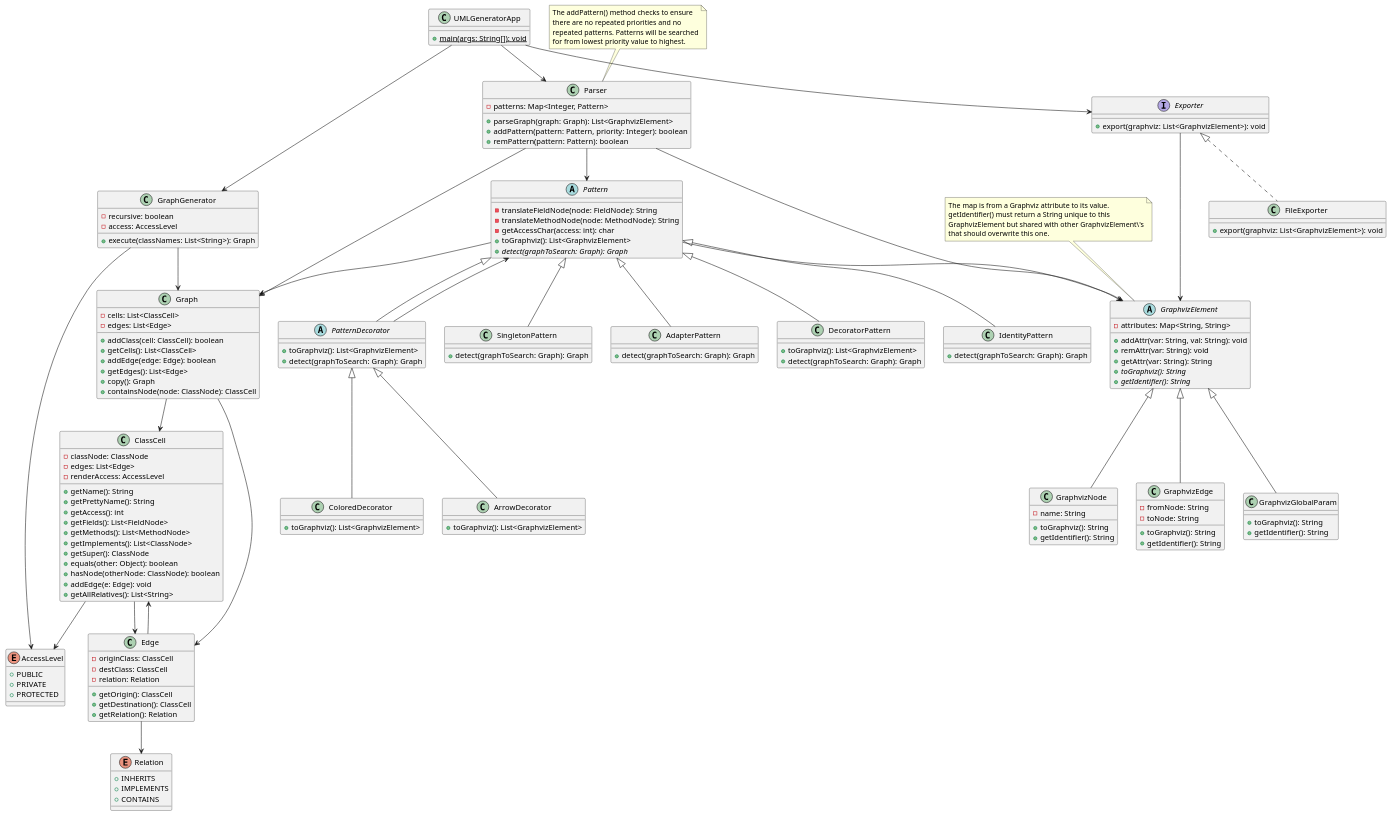
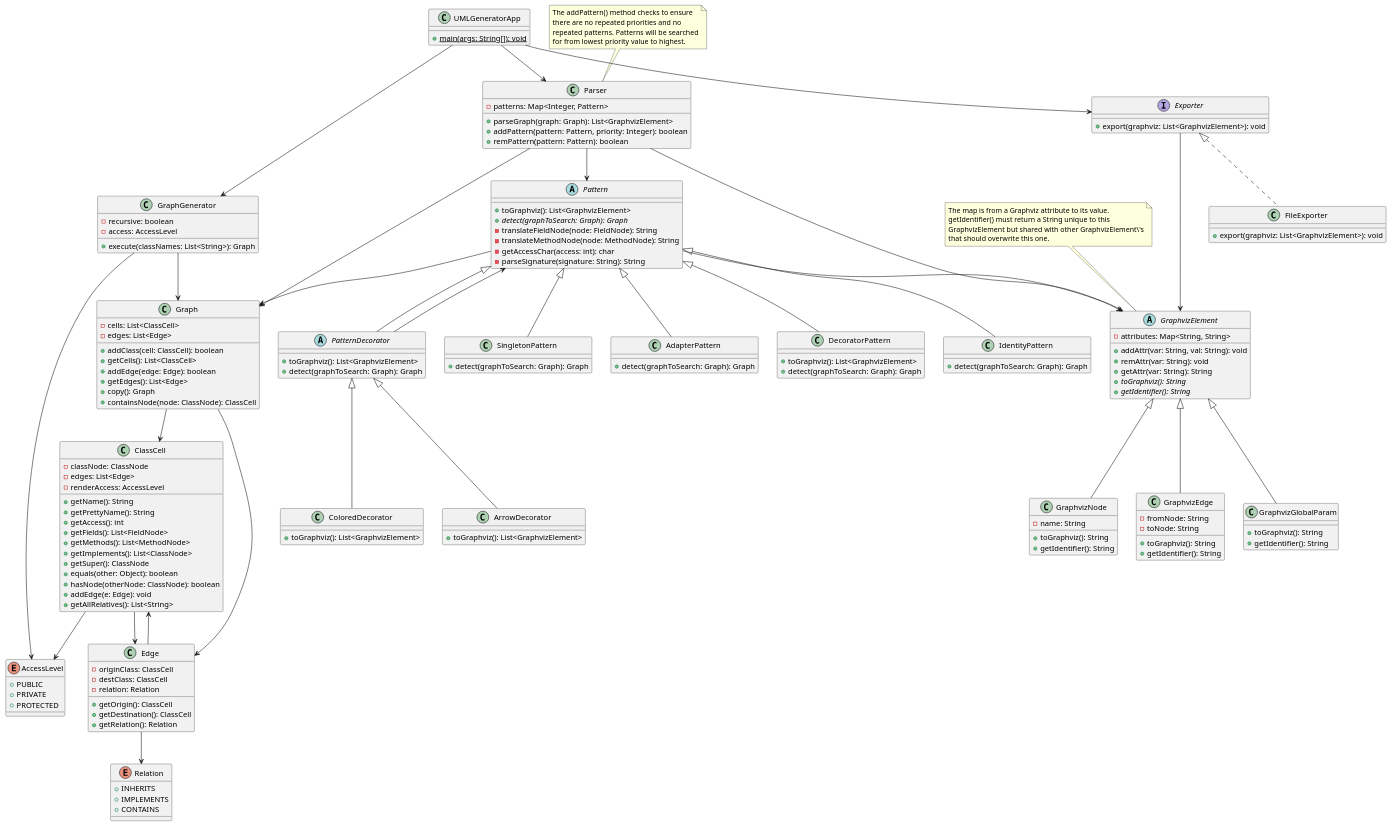
One commit to kgroble/uml-generator changed the diagram in docs/uml.puml. Above: the diagram before and after it, drawn with PlantUML.

Commit message:
Updated UML.

```diff
--- a/docs/uml.puml
+++ b/docs/uml.puml
@@ -1,171 +1,172 @@
 @startuml
 class UMLGeneratorApp {
 + {static} main(args: String[]): void
 }
 
 class GraphGenerator {
 - recursive: boolean
 - access: AccessLevel
 + execute(classNames: List<String>): Graph
 }
 
 enum AccessLevel {
 + PUBLIC
 + PRIVATE
 + PROTECTED
 }
 
 class ClassCell {
 - classNode: ClassNode
 - edges: List<Edge>
 - renderAccess: AccessLevel
 + getName(): String
 + getPrettyName(): String
 + getAccess(): int
 + getFields(): List<FieldNode>
 + getMethods(): List<MethodNode>
 + getImplements(): List<ClassNode>
 + getSuper(): ClassNode
 + equals(other: Object): boolean
 + hasNode(otherNode: ClassNode): boolean
 + addEdge(e: Edge): void
 + getAllRelatives(): List<String>
 }
 
 class Edge {
 - originClass: ClassCell
 - destClass: ClassCell
 - relation: Relation
 + getOrigin(): ClassCell
 + getDestination(): ClassCell
 + getRelation(): Relation
 }
 
 class Parser {
 - patterns: Map<Integer, Pattern>
 + parseGraph(graph: Graph): List<GraphvizElement>
 + addPattern(pattern: Pattern, priority: Integer): boolean
 + remPattern(pattern: Pattern): boolean
 }
 note top of Parser
   The addPattern() method checks to ensure
   there are no repeated priorities and no
   repeated patterns. Patterns will be searched
   for from lowest priority value to highest.
 end note
 
 class Graph {
 - cells: List<ClassCell>
 - edges: List<Edge>
 + addClass(cell: ClassCell): boolean
 + getCells(): List<ClassCell>
 + addEdge(edge: Edge): boolean
 + getEdges(): List<Edge>
 + copy(): Graph
 + containsNode(node: ClassNode): ClassCell
 }
 
 abstract class Pattern {
++ toGraphviz(): List<GraphvizElement>
++ {abstract} detect(graphToSearch: Graph): Graph
 - translateFieldNode(node: FieldNode): String
 - translateMethodNode(node: MethodNode): String
 - getAccessChar(access: int): char
-+ toGraphviz(): List<GraphvizElement>
-+ {abstract} detect(graphToSearch: Graph): Graph
+- parseSignature(signature: String): String
 }
 
 abstract class PatternDecorator extends Pattern {
 + toGraphviz(): List<GraphvizElement>
 + detect(graphToSearch: Graph): Graph
 }
 
 class ColoredDecorator extends PatternDecorator {
 + toGraphviz(): List<GraphvizElement>
 }
 
 class ArrowDecorator extends PatternDecorator {
 + toGraphviz(): List<GraphvizElement>
 }
 
 class SingletonPattern extends Pattern {
 + detect(graphToSearch: Graph): Graph
 }
 
 class AdapterPattern extends Pattern {
 + detect(graphToSearch: Graph): Graph
 }
 
 class DecoratorPattern extends Pattern {
 + toGraphviz(): List<GraphvizElement>
 + detect(graphToSearch: Graph): Graph
 }
 
 class IdentityPattern extends Pattern {
 + detect(graphToSearch: Graph): Graph
 }
 
 enum Relation {
 + INHERITS
 + IMPLEMENTS
 + CONTAINS
 }
 
 abstract class GraphvizElement {
 - attributes: Map<String, String>
 + addAttr(var: String, val: String): void
 + remAttr(var: String): void
 + getAttr(var: String): String
 + {abstract} toGraphviz(): String
 + {abstract} getIdentifier(): String
 }
 note top of GraphvizElement
   The map is from a Graphviz attribute to its value.
   getIdentifier() must return a String unique to this
   GraphvizElement but shared with other GraphvizElement\'s
   that should overwrite this one.
 end note
 
 class GraphvizNode extends GraphvizElement {
 - name: String
 + toGraphviz(): String
 + getIdentifier(): String
 }
 
 class GraphvizEdge extends GraphvizElement {
 - fromNode: String
 - toNode: String
 + toGraphviz(): String
 + getIdentifier(): String
 }
 
 class GraphvizGlobalParam extends GraphvizElement {
 + toGraphviz(): String
 + getIdentifier(): String
 }
 
 interface Exporter {
 + export(graphviz: List<GraphvizElement>): void
 }
 
 class FileExporter implements Exporter {
 + export(graphviz: List<GraphvizElement>): void
 }
 
 UMLGeneratorApp --> GraphGenerator
 UMLGeneratorApp --> Parser
 UMLGeneratorApp --> Exporter
 GraphGenerator --> Graph
 GraphGenerator --> AccessLevel
 ClassCell --> Edge
 ClassCell --> AccessLevel
 Edge --> ClassCell
 Edge --> Relation
 Parser --> Pattern
 Pattern --> Graph
 PatternDecorator --> Pattern
 Pattern --> GraphvizElement
 Graph --> ClassCell
 Graph --> Edge
 Parser --> Graph
 Parser --> GraphvizElement
 Exporter --> GraphvizElement
 @enduml
```
